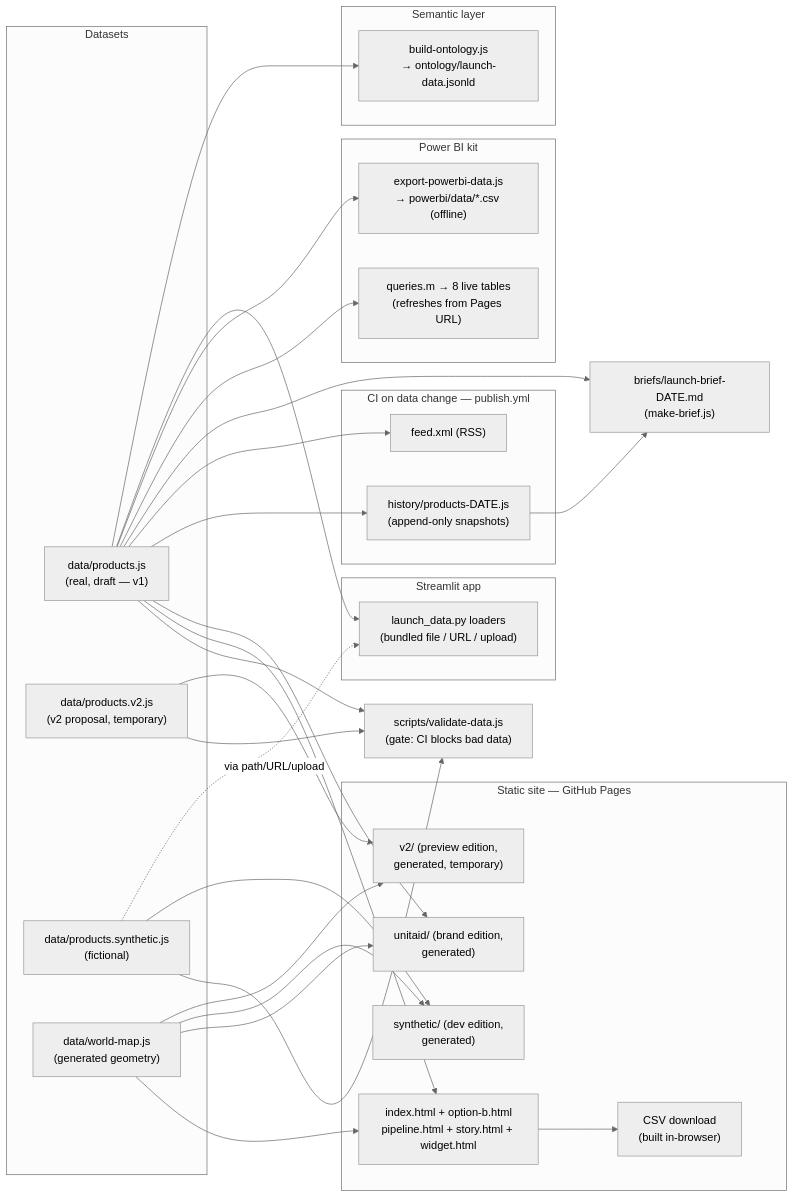
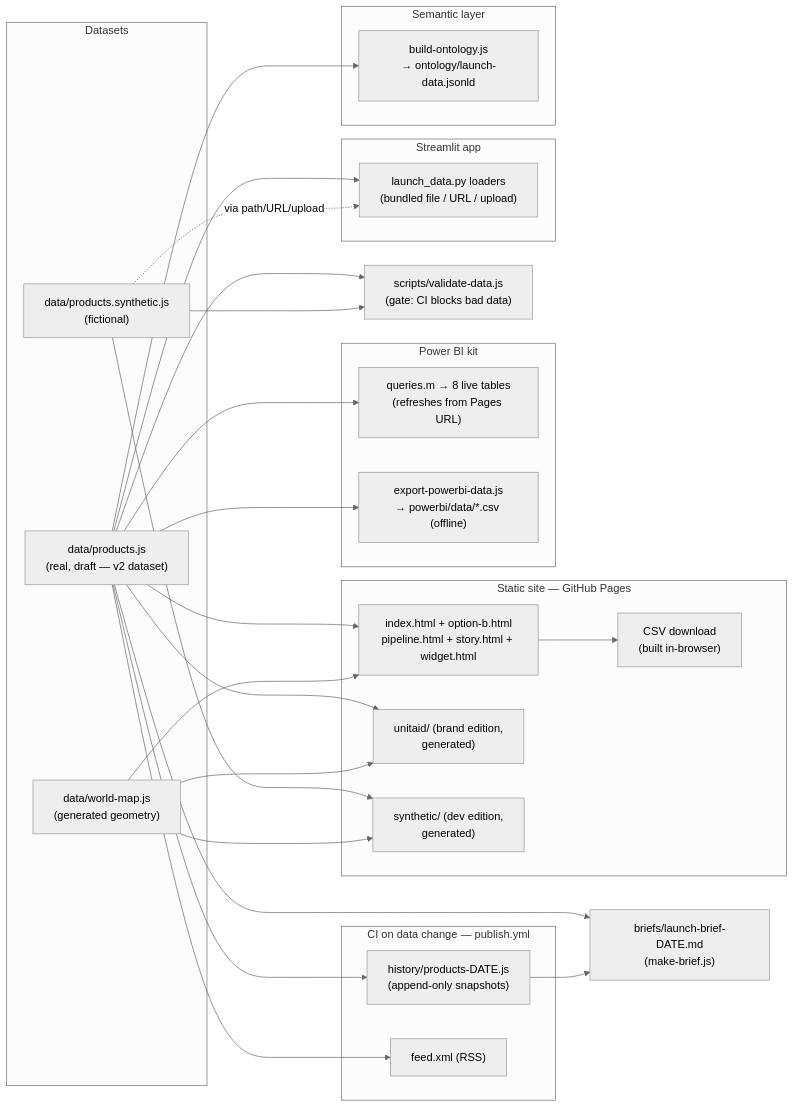
Before and after one commit to kochrisdev/launch-transparency-dashboard: the second of 2 diagrams in docs/data-model.md, drawn with Mermaid (neutral theme). The commit also changed other lines of this file and 15 other files, not shown here.

First line of the commit message:
Merge v2 into the live dataset; retire the preview edition

````diff
--- a/docs/data-model.md
+++ b/docs/data-model.md
@@ -149,60 +148,55 @@
 ```mermaid
 flowchart LR
     subgraph sources [Datasets]
-        REAL["data/products.js<br/>(real, draft — v1)"]
-        V2D["data/products.v2.js<br/>(v2 proposal, temporary)"]
+        REAL["data/products.js<br/>(real, draft — v2 dataset)"]
         SYN["data/products.synthetic.js<br/>(fictional)"]
         MAP["data/world-map.js<br/>(generated geometry)"]
     end
 
     V["scripts/validate-data.js<br/>(gate: CI blocks bad data)"]
     REAL --> V
-    V2D --> V
     SYN --> V
 
     subgraph static [Static site — GitHub Pages]
         A["index.html + option-b.html<br/>pipeline.html + story.html + widget.html"]
         U["unitaid/ (brand edition,<br/>generated)"]
         S["synthetic/ (dev edition,<br/>generated)"]
-        V2E["v2/ (preview edition,<br/>generated, temporary)"]
         CSVDL["CSV download<br/>(built in-browser)"]
     end
     REAL --> A
     REAL --> U
     SYN --> S
-    V2D --> V2E
     MAP --> A
     MAP --> U
     MAP --> S
-    MAP --> V2E
     A --> CSVDL
 
     subgraph ci [CI on data change — publish.yml]
         H["history/products-DATE.js<br/>(append-only snapshots)"]
         F["feed.xml (RSS)"]
     end
     REAL --> H
     REAL --> F
 
     B["briefs/launch-brief-DATE.md<br/>(make-brief.js)"]
     REAL --> B
     H --> B
 
     subgraph pbi [Power BI kit]
         Q["queries.m → 8 live tables<br/>(refreshes from Pages URL)"]
         E["export-powerbi-data.js<br/>→ powerbi/data/*.csv (offline)"]
     end
     REAL --> Q
     REAL --> E
 
     subgraph st [Streamlit app]
         L["launch_data.py loaders<br/>(bundled file / URL / upload)"]
     end
     REAL --> L
     SYN -. "via path/URL/upload" .-> L
 
     subgraph sem [Semantic layer]
         O["build-ontology.js<br/>→ ontology/launch-data.jsonld"]
     end
     REAL --> O
 ```
````
